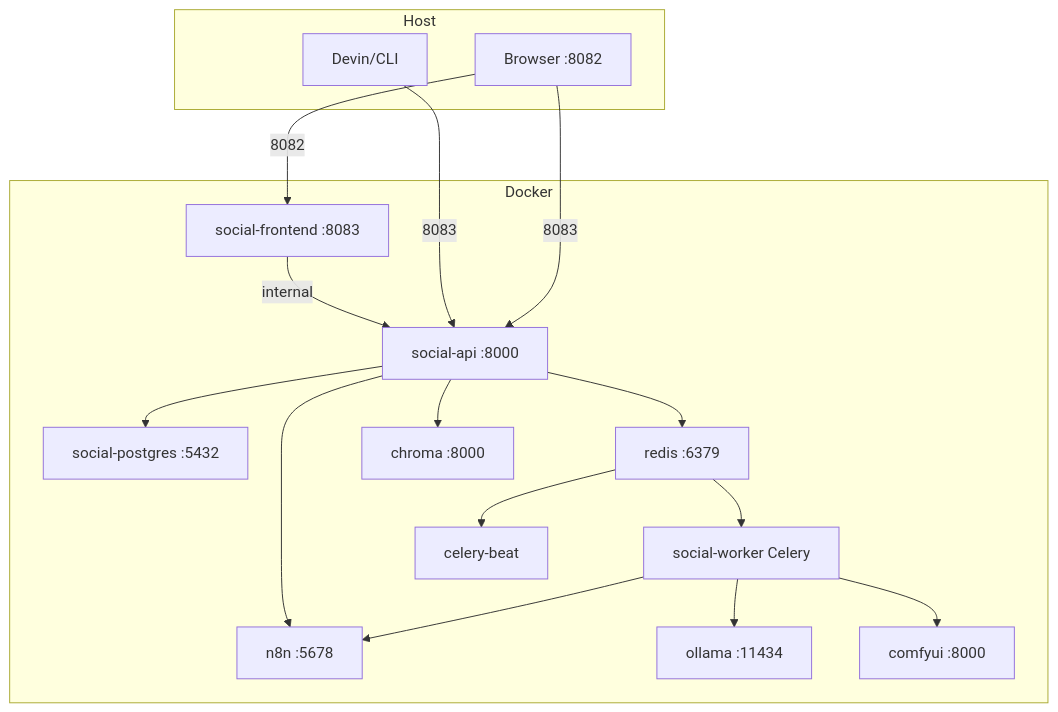
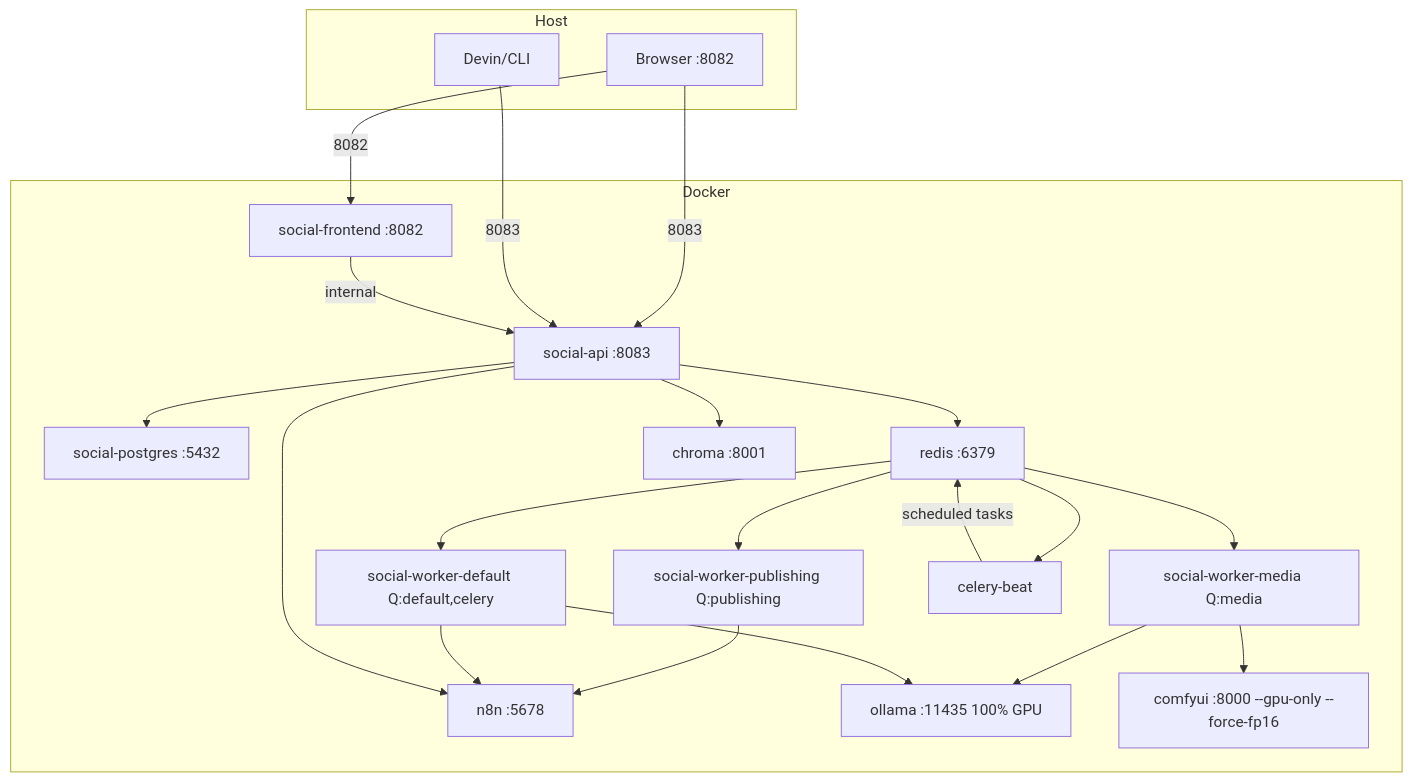
Diagram 15 of 16 in docs/superpowers/plans/plan-e6a92ed66b9dca4a.md (Themis128/cu130-slim), drawn with Mermaid before and after one commit. The commit also changed other lines of this file and 4 other files, not shown here.

First line of the commit message:
docs: update stack ops skills and plan docs for split Celery workers and GPU services

````diff
--- a/docs/superpowers/plans/plan-e6a92ed66b9dca4a.md
+++ b/docs/superpowers/plans/plan-e6a92ed66b9dca4a.md
@@ -686,34 +688,41 @@
 ```mermaid
 flowchart TB
     subgraph Host
         Browser[Browser :8082]
         CLI[Devin/CLI]
     end
 
     subgraph Docker
-        Frontend[social-frontend :8083]
-        API[social-api :8000]
-        Worker[social-worker Celery]
+        Frontend[social-frontend :8082]
+        API[social-api :8083]
+        WPub[social-worker-publishing Q:publishing]
+        WMedia[social-worker-media Q:media]
+        WDefault[social-worker-default Q:default,celery]
         Beat[celery-beat]
         Postgres[social-postgres :5432]
         Redis[redis :6379]
         n8n[n8n :5678]
-        Ollama[ollama :11434]
-        Chroma[chroma :8000]
-        ComfyUI[comfyui :8000]
+        Ollama[ollama :11435 100% GPU]
+        Chroma[chroma :8001]
+        ComfyUI[comfyui :8000 --gpu-only --force-fp16]
     end
 
     Browser -->|8082| Frontend
     Browser -->|8083| API
     CLI -->|8083| API
     Frontend -->|internal| API
     API --> Postgres
     API --> Redis
     API --> Chroma
-    Redis --> Worker
+    Redis --> WPub
+    Redis --> WMedia
+    Redis --> WDefault
     Redis --> Beat
-    Worker --> n8n
+    Beat -->|scheduled tasks| Redis
+    WPub --> n8n
+    WDefault --> n8n
     API --> n8n
-    Worker --> Ollama
-    Worker --> ComfyUI
+    WMedia --> Ollama
+    WMedia --> ComfyUI
+    WDefault --> Ollama
 ```
````
